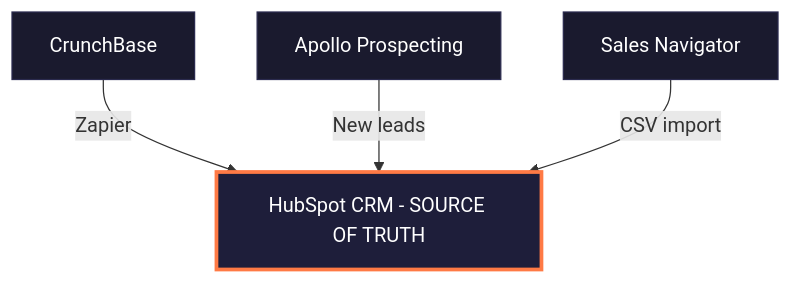
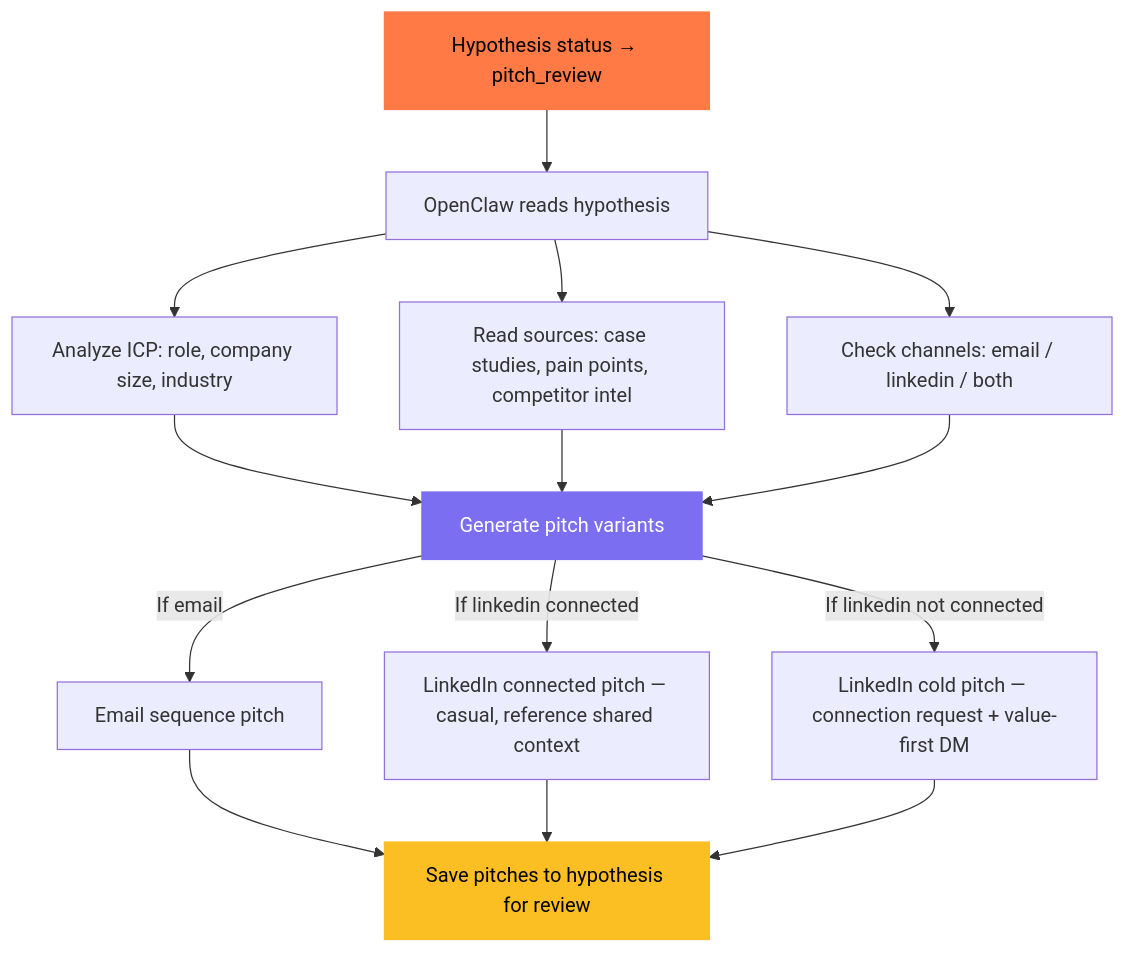
One commit to Artemponomarev/ai-agent-guides changed the second of 8 diagrams in Kernelics email outreaching automation/architecture.md. Above: the diagram before and after it, drawn with Mermaid. The commit also changed other lines of this file, not shown here.

First line of the commit message:
Rewrite architecture: hypothesis-driven workflow with OpenClaw orchestration

````diff
--- a/Kernelics email outreaching automation/architecture.md
+++ b/Kernelics email outreaching automation/architecture.md
@@ -11,12 +129,23 @@
 ```mermaid
 flowchart TD
-    CB[CrunchBase] -->|Zapier| HS
-    AP[Apollo Prospecting] -->|New leads| HS
-    LI[Sales Navigator] -->|CSV import| HS
-    HS[HubSpot CRM - SOURCE OF TRUTH]
+    TRIGGER[Hypothesis status → pitch_review] --> READ[OpenClaw reads hypothesis]
+    READ --> ICP[Analyze ICP: role, company size, industry]
+    READ --> SRC[Read sources: case studies, pain points, competitor intel]
+    READ --> CH[Check channels: email / linkedin / both]
 
-    style HS fill:#1e1e3a,stroke:#ff7a45,stroke-width:3px,color:#fff
-    style CB fill:#1a1a2e,stroke:#2a2a4e,color:#fff
-    style AP fill:#1a1a2e,stroke:#2a2a4e,color:#fff
-    style LI fill:#1a1a2e,stroke:#2a2a4e,color:#fff
+    ICP --> GEN[Generate pitch variants]
+    SRC --> GEN
+    CH --> GEN
+
+    GEN -->|If email| EMAIL_P[Email sequence pitch]
+    GEN -->|If linkedin connected| LI_CONN[LinkedIn connected pitch — casual, reference shared context]
+    GEN -->|If linkedin not connected| LI_COLD[LinkedIn cold pitch — connection request + value-first DM]
+
+    EMAIL_P --> SAVE[Save pitches to hypothesis for review]
+    LI_CONN --> SAVE
+    LI_COLD --> SAVE
+
+    style TRIGGER fill:#ff7a45,stroke:#ff7a45,color:#000
+    style GEN fill:#7c6ef0,stroke:#7c6ef0,color:#fff
+    style SAVE fill:#fbbf24,stroke:#fbbf24,color:#000
 ```
````
